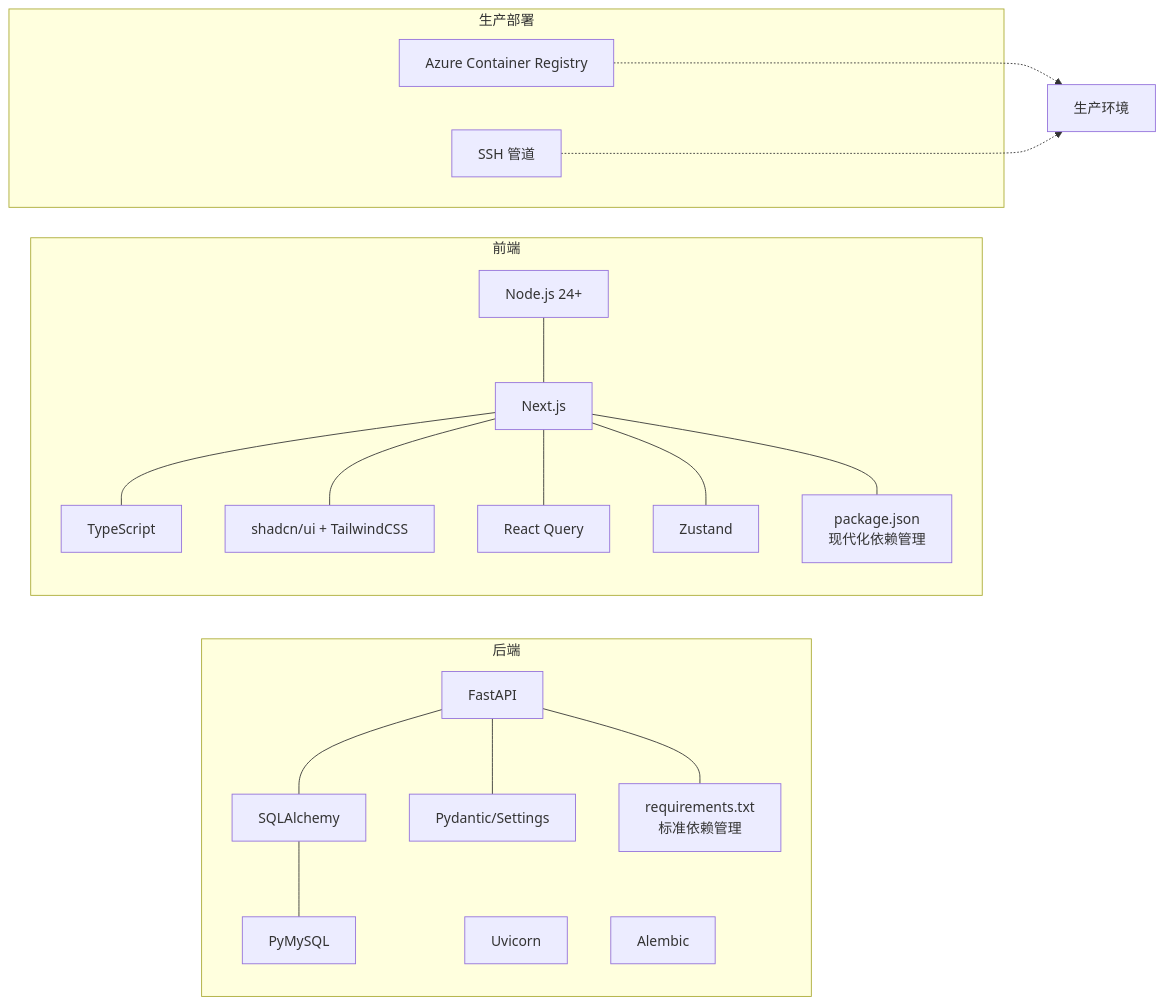
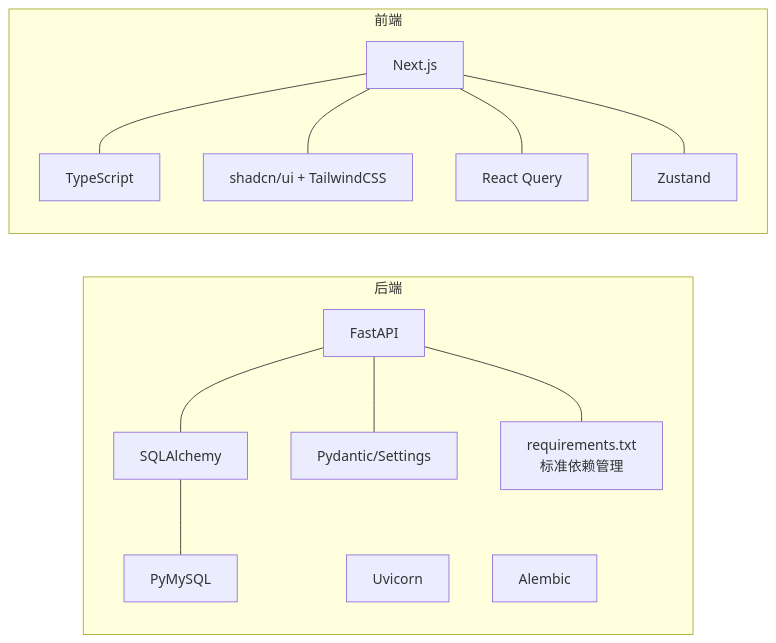
One commit to gujialind/InvestRing changed the third of 3 diagrams in .qoder/repowiki/zh/content/开发指南/环境搭建.md. Above: the diagram before and after it, drawn with Mermaid. The commit also changed other lines of this file and 65 other files, not shown here.

````diff
--- a/.qoder/repowiki/zh/content/开发指南/环境搭建.md
+++ b/.qoder/repowiki/zh/content/开发指南/环境搭建.md
@@ -233,37 +244,27 @@
 ```mermaid
 graph LR
 subgraph "后端"
 Py_FastAPI["FastAPI"]
 Py_SQLA["SQLAlchemy"]
 Py_Pyd["Pydantic/Settings"]
 Py_Uvicorn["Uvicorn"]
 Py_Alembic["Alembic"]
 Py_DB_Driver["PyMySQL"]
 Py_Req["requirements.txt<br/>标准依赖管理"]
 end
 subgraph "前端"
-JS_Node["Node.js 24+"]
 JS_Next["Next.js"]
 JS_TS["TypeScript"]
 JS_UI["shadcn/ui + TailwindCSS"]
 JS_Query["React Query"]
 JS_Store["Zustand"]
-JS_Pkg["package.json<br/>现代化依赖管理"]
-end
-subgraph "生产部署"
-ACR["Azure Container Registry"]
-SSH["SSH 管道"]
 end
 Py_FastAPI --- Py_SQLA
 Py_FastAPI --- Py_Pyd
 Py_SQLA --- Py_DB_Driver
 Py_FastAPI --- Py_Req
-JS_Node --- JS_Next
 JS_Next --- JS_TS
 JS_Next --- JS_UI
 JS_Next --- JS_Query
 JS_Next --- JS_Store
-JS_Next --- JS_Pkg
-ACR -.-> 生产环境
-SSH -.-> 生产环境
 ```
````
